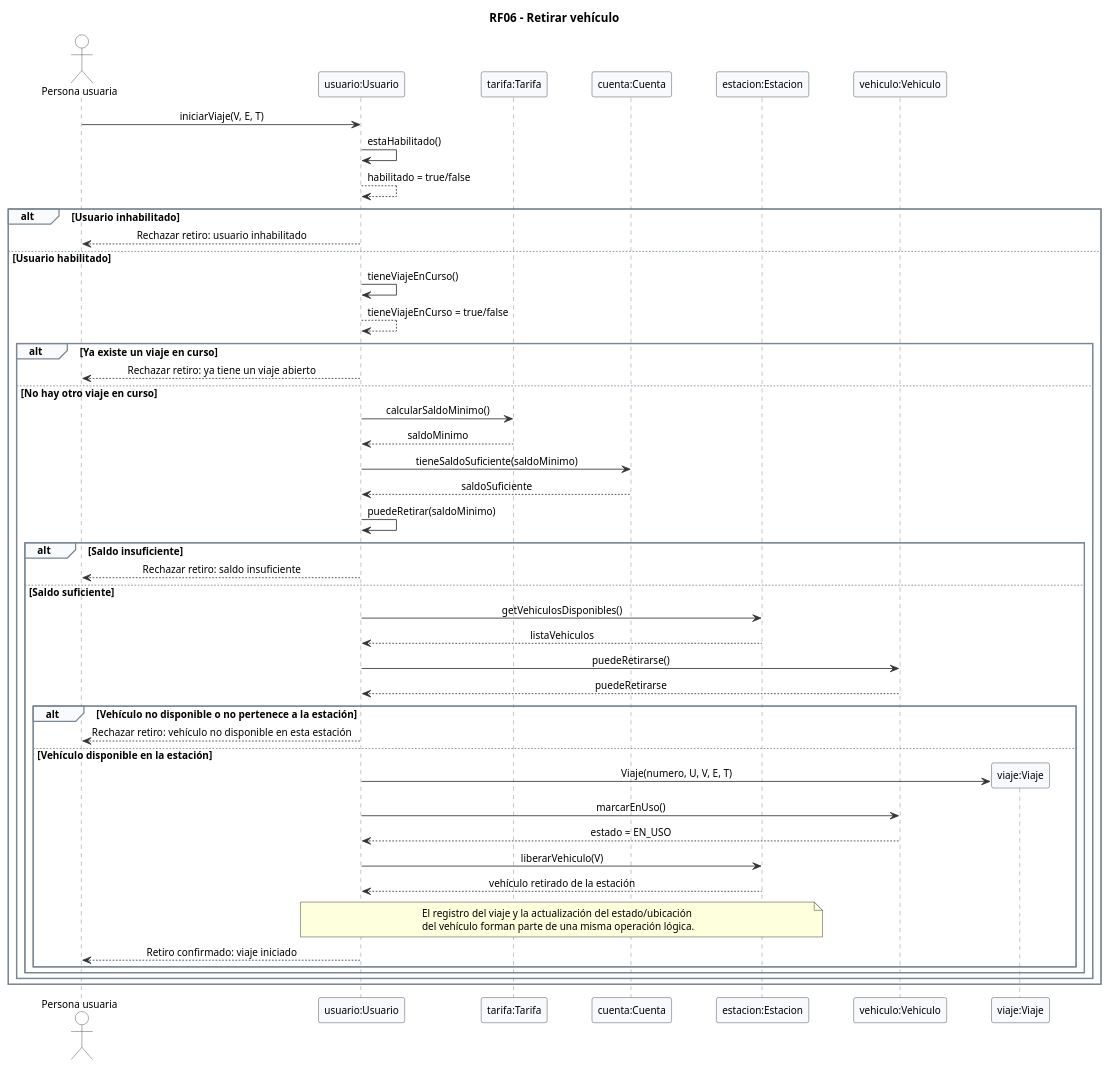
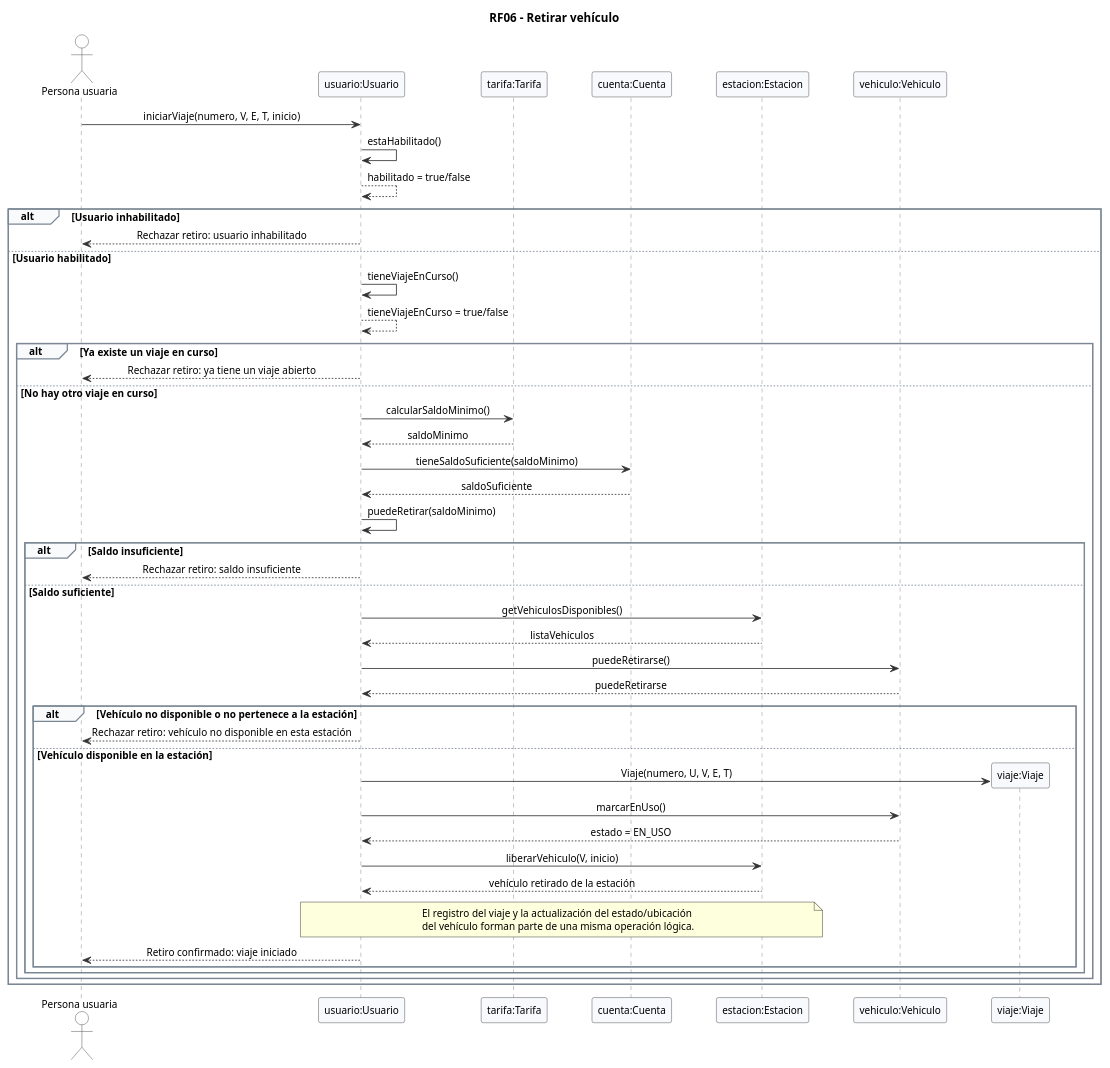
The diagram in docs/uml/Diagrama de Secuencia 1.puml (Muller-Agustin/Sistema-de-movilidad-compartida), drawn with PlantUML before and after one commit. The commit also changed 6 other files, not shown here.

```diff
--- a/docs/uml/Diagrama de Secuencia 1.puml
+++ b/docs/uml/Diagrama de Secuencia 1.puml
@@ -2,79 +2,79 @@
 @startuml RF06_Retirar_Vehiculo
 skinparam shadowing false
 skinparam defaultFontName Arial
 skinparam defaultFontSize 12
 skinparam sequenceMessageAlign center
 skinparam responseMessageBelowArrow true
 skinparam ParticipantPadding 22
 skinparam BoxPadding 10
 skinparam sequence {
   ArrowColor #333333
   LifeLineBorderColor #777777
   LifeLineBackgroundColor #FFFFFF
   ParticipantBorderColor #333333
   ParticipantBackgroundColor #F7F9FC
   ActorBorderColor #333333
   ActorBackgroundColor #FFFFFF
   GroupBorderColor #7B8794
   GroupBackgroundColor #F8FAFC
 }
 
 title RF06 - Retirar vehículo
 
 actor "Persona usuaria" as A
 participant "usuario:Usuario" as U
 participant "tarifa:Tarifa" as T
 participant "cuenta:Cuenta" as C
 participant "estacion:Estacion" as E
 participant "vehiculo:Vehiculo" as V
 
-A -> U: iniciarViaje(V, E, T)
+A -> U: iniciarViaje(numero, V, E, T, inicio)
 
 U -> U: estaHabilitado()
 U --> U: habilitado = true/false
 
 alt Usuario inhabilitado
   U --> A: Rechazar retiro: usuario inhabilitado
 else Usuario habilitado
   U -> U: tieneViajeEnCurso()
   U --> U: tieneViajeEnCurso = true/false
 
   alt Ya existe un viaje en curso
     U --> A: Rechazar retiro: ya tiene un viaje abierto
   else No hay otro viaje en curso
     U -> T: calcularSaldoMinimo()
     T --> U: saldoMinimo
     U -> C: tieneSaldoSuficiente(saldoMinimo)
     C --> U: saldoSuficiente
     U -> U: puedeRetirar(saldoMinimo)
 
     alt Saldo insuficiente
       U --> A: Rechazar retiro: saldo insuficiente
     else Saldo suficiente
       U -> E: getVehiculosDisponibles()
       E --> U: listaVehiculos
       U -> V: puedeRetirarse()
       V --> U: puedeRetirarse
 
       alt Vehículo no disponible o no pertenece a la estación
         U --> A: Rechazar retiro: vehículo no disponible en esta estación
       else Vehículo disponible en la estación
         create participant "viaje:Viaje" as J
         U -> J: Viaje(numero, U, V, E, T)
         U -> V: marcarEnUso()
         V --> U: estado = EN_USO
-        U -> E: liberarVehiculo(V)
+        U -> E: liberarVehiculo(V, inicio)
         E --> U: vehículo retirado de la estación
 
         note over U,E
           El registro del viaje y la actualización del estado/ubicación
           del vehículo forman parte de una misma operación lógica.
         end note
 
         U --> A: Retiro confirmado: viaje iniciado
       end
     end
   end
 end
 
 @enduml
```
